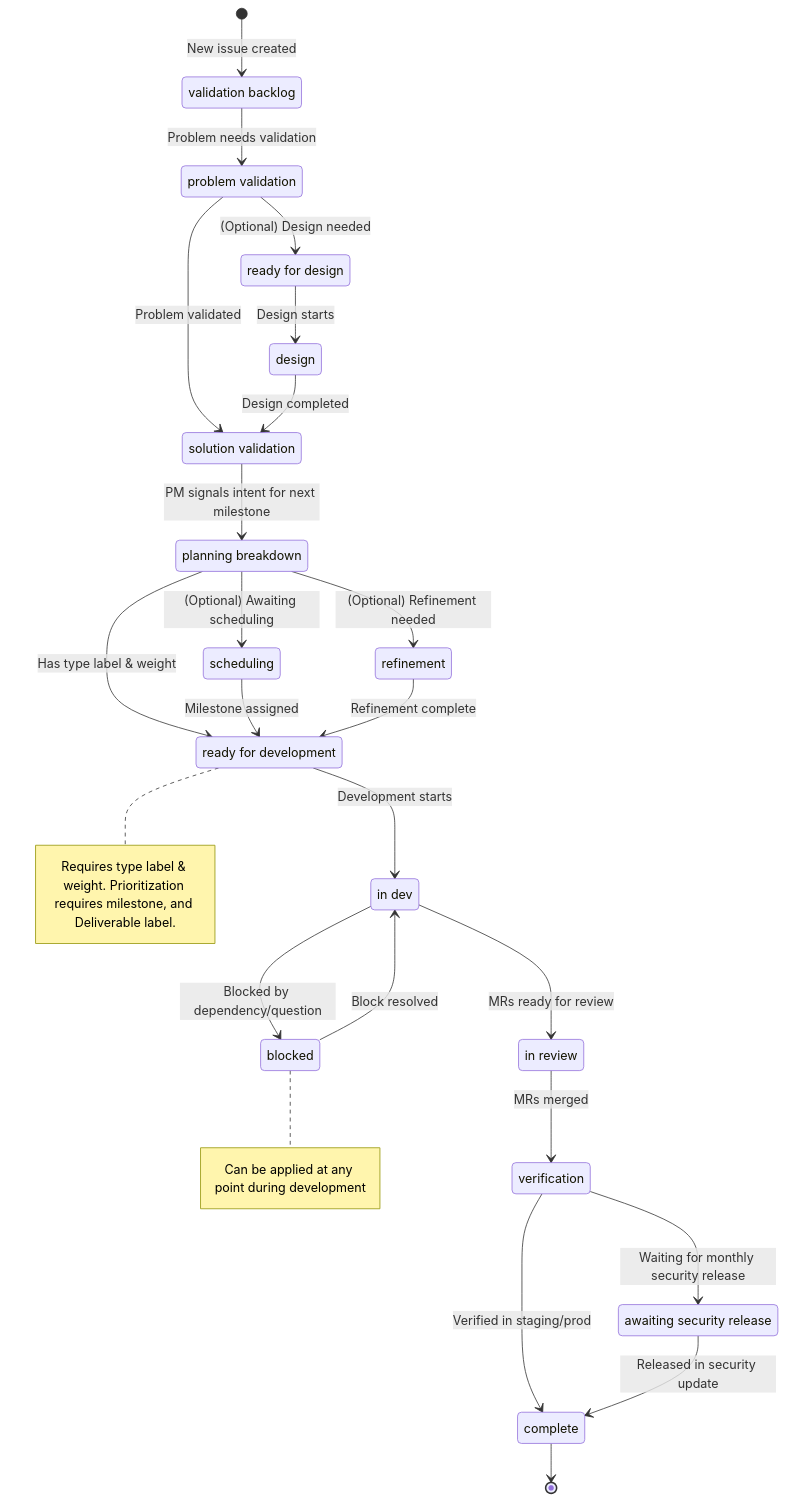
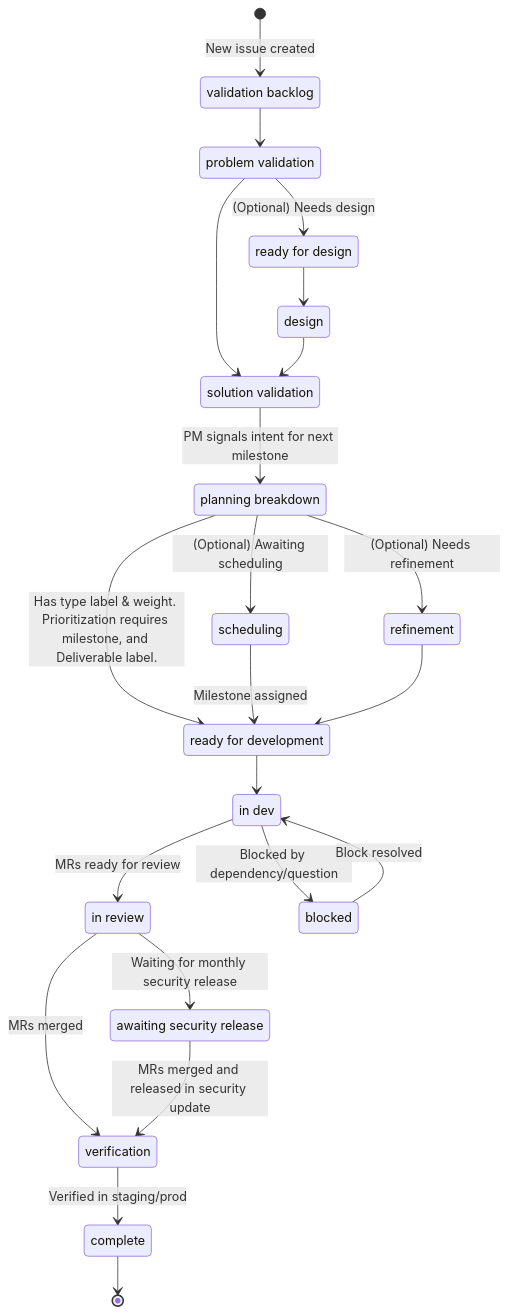
The diagram in content/handbook/product-development-flow/_index.md (zalyoung/gitlab-handbook), drawn with Mermaid before and after one commit.

Commit message:
Make more concise, and fix security release moves

````diff
--- a/content/handbook/product-development-flow/_index.md
+++ b/content/handbook/product-development-flow/_index.md
@@ -50,49 +50,46 @@
 ```mermaid
 stateDiagram-v2
     [*] --> ValidationBacklog: New issue created
     
     ValidationBacklog: validation backlog
     ProblemValidation: problem validation
     ReadyForDesign: ready for design
     Design: design
     SolutionValidation: solution validation
     
-    ValidationBacklog --> ProblemValidation: Problem needs validation
-    ProblemValidation --> ReadyForDesign: (Optional) Design needed
-    ReadyForDesign --> Design: Design starts
-    ProblemValidation --> SolutionValidation: Problem validated
-    Design --> SolutionValidation: Design completed
+    ValidationBacklog --> ProblemValidation
+    ProblemValidation --> ReadyForDesign: (Optional) Needs design
+    ReadyForDesign --> Design
+    ProblemValidation --> SolutionValidation
+    Design --> SolutionValidation
 
     PlanningBreakdown: planning breakdown
     Scheduling: scheduling
     Refinement: refinement
     ReadyForDev: ready for development
     InDev: in dev
     InReview: in review
     Verification: verification
     Complete: complete
-    BlockedStatus: blocked
-    SecurityStatus: awaiting security release
+    Blocked: blocked
+    Security: awaiting security release
     
     SolutionValidation --> PlanningBreakdown: PM signals intent for next milestone
     PlanningBreakdown --> Scheduling: (Optional) Awaiting scheduling
-    PlanningBreakdown --> Refinement: (Optional) Refinement needed
-    PlanningBreakdown --> ReadyForDev: Has type label & weight
+    PlanningBreakdown --> Refinement: (Optional) Needs refinement
+    PlanningBreakdown --> ReadyForDev: Has type label & weight. Prioritization requires milestone, and Deliverable label.
     Scheduling --> ReadyForDev: Milestone assigned
-    Refinement --> ReadyForDev: Refinement complete
-    ReadyForDev --> InDev: Development starts
+    Refinement --> ReadyForDev
+    ReadyForDev --> InDev
     InDev --> InReview: MRs ready for review
     InReview --> Verification: MRs merged
     Verification --> Complete: Verified in staging/prod
     
-    InDev --> BlockedStatus: Blocked by dependency/question
-    BlockedStatus --> InDev: Block resolved
+    InDev --> Blocked: Blocked by dependency/question
+    Blocked --> InDev: Block resolved
     
-    Verification --> SecurityStatus: Waiting for monthly security release
-    SecurityStatus --> Complete: Released in security update
+    InReview --> Security: Waiting for monthly security release
+    Security --> Verification: MRs merged and released in security update
     
     Complete --> [*]
-
-    note right of ReadyForDev: Requires type label & weight. Prioritization requires milestone, and Deliverable label.
-    note right of BlockedStatus: Can be applied at any point during development
 ```
````
